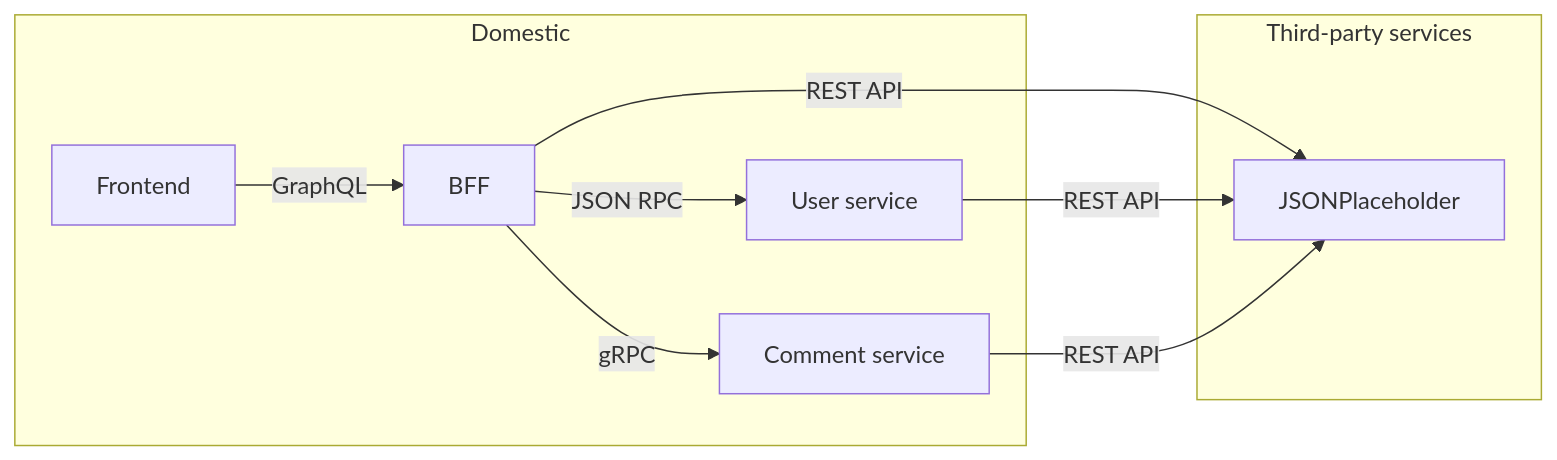
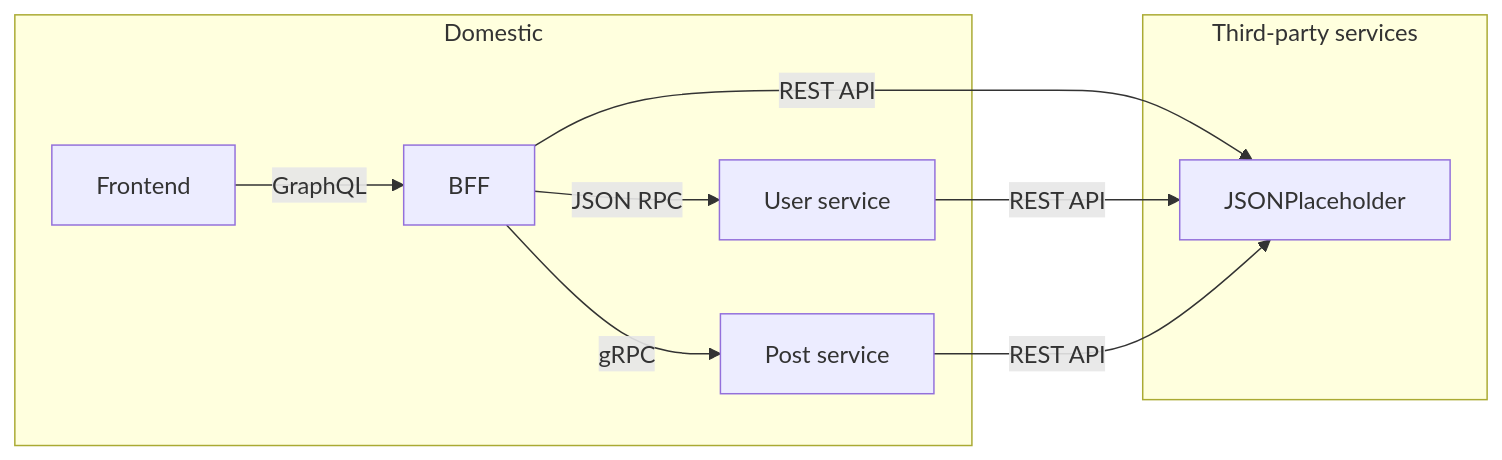
The diagram in README.md (SevenOutman/apollo-practice), drawn with Mermaid before and after one commit. The commit also changed 15 other files, not shown here.

Commit message:
rename comment-service -> post-service

````diff
--- a/README.md
+++ b/README.md
@@ -15,17 +15,17 @@
 ```mermaid
   graph LR;
 
       subgraph Domestic
         frontend[Frontend] -- GraphQL -->bff[BFF]
         bff-- JSON RPC -->user-service["User service"]
-        bff-- gRPC -->comment-service["Comment service"]
+        bff-- gRPC -->post-service["Post service"]
       end
 
       subgraph thrid-party[Third-party services]
         jsonplaceholder
       end
 
       bff-- REST API -->jsonplaceholder[JSONPlaceholder]
       user-service-- REST API -->jsonplaceholder
-      comment-service-- REST API -->jsonplaceholder
+      post-service-- REST API -->jsonplaceholder
 ```
````
